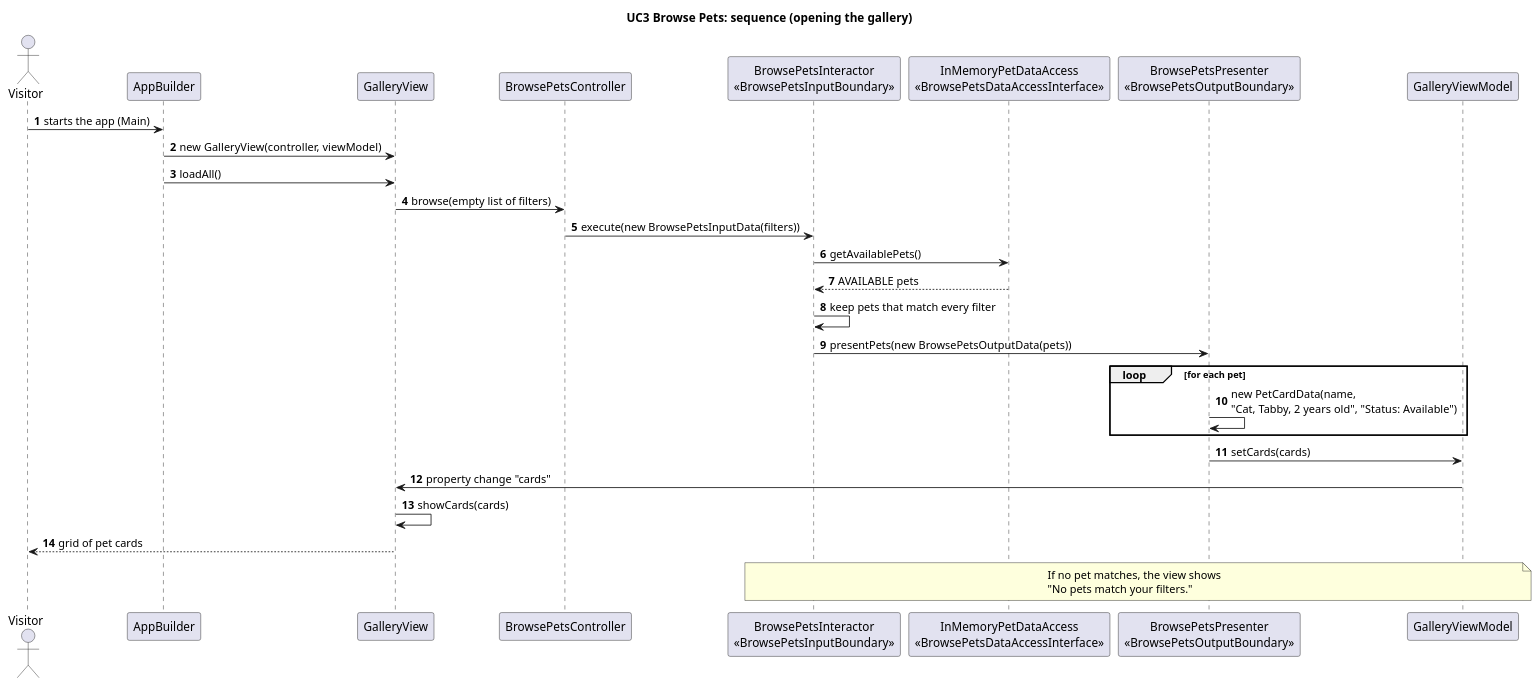
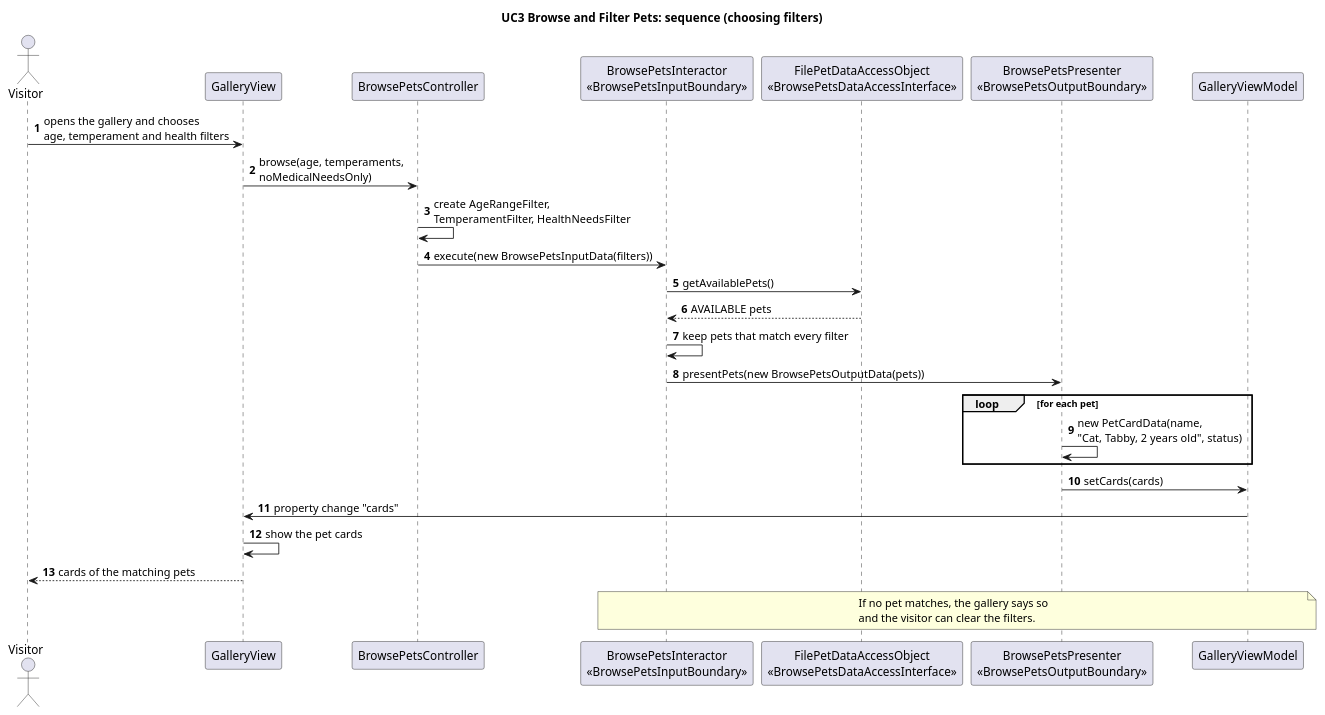
One commit to CSC207-2025F-UofT/team-project changed the diagram in docs/uml/seq-uc3-browse-pets.puml. Above: the diagram before and after it, drawn with PlantUML. The commit also changed 8 other files, not shown here.

Commit message:
add login and breed lookup sequence diagrams

```diff
--- a/docs/uml/seq-uc3-browse-pets.puml
+++ b/docs/uml/seq-uc3-browse-pets.puml
@@ -1,40 +1,38 @@
 @startuml seq-uc3-browse-pets
-title UC3 Browse Pets: sequence (opening the gallery)
+title UC3 Browse and Filter Pets: sequence (choosing filters)
 
 skinparam sequenceMessageAlign left
 autonumber
 
 actor Visitor
-participant "AppBuilder" as Builder
 participant "GalleryView" as View
 participant "BrowsePetsController" as Controller
 participant "BrowsePetsInteractor\n<<BrowsePetsInputBoundary>>" as Interactor
-participant "InMemoryPetDataAccess\n<<BrowsePetsDataAccessInterface>>" as DAO
+participant "FilePetDataAccessObject\n<<BrowsePetsDataAccessInterface>>" as DAO
 participant "BrowsePetsPresenter\n<<BrowsePetsOutputBoundary>>" as Presenter
 participant "GalleryViewModel" as VM
 
-Visitor -> Builder : starts the app (Main)
-Builder -> View : new GalleryView(controller, viewModel)
-Builder -> View : loadAll()
-View -> Controller : browse(empty list of filters)
+Visitor -> View : opens the gallery and chooses\nage, temperament and health filters
+View -> Controller : browse(age, temperaments,\nnoMedicalNeedsOnly)
+Controller -> Controller : create AgeRangeFilter,\nTemperamentFilter, HealthNeedsFilter
 Controller -> Interactor : execute(new BrowsePetsInputData(filters))
 
 Interactor -> DAO : getAvailablePets()
 DAO --> Interactor : AVAILABLE pets
 Interactor -> Interactor : keep pets that match every filter
 Interactor -> Presenter : presentPets(new BrowsePetsOutputData(pets))
 
 loop for each pet
-  Presenter -> Presenter : new PetCardData(name,\n"Cat, Tabby, 2 years old", "Status: Available")
+  Presenter -> Presenter : new PetCardData(name,\n"Cat, Tabby, 2 years old", status)
 end
 Presenter -> VM : setCards(cards)
 VM -> View : property change "cards"
-View -> View : showCards(cards)
-View --> Visitor : grid of pet cards
+View -> View : show the pet cards
+View --> Visitor : cards of the matching pets
 
 note over Interactor, VM
-  If no pet matches, the view shows
-  "No pets match your filters."
+  If no pet matches, the gallery says so
+  and the visitor can clear the filters.
 end note
 
 @enduml
```
